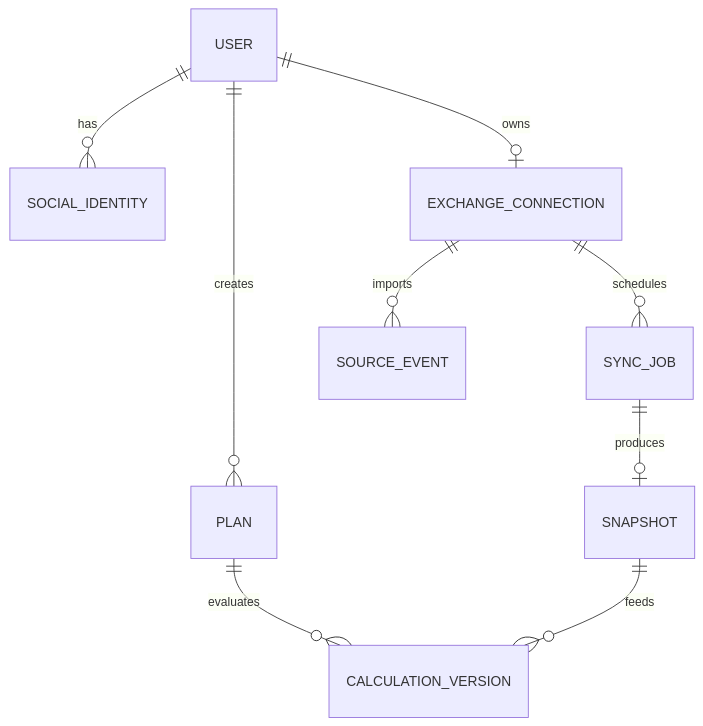
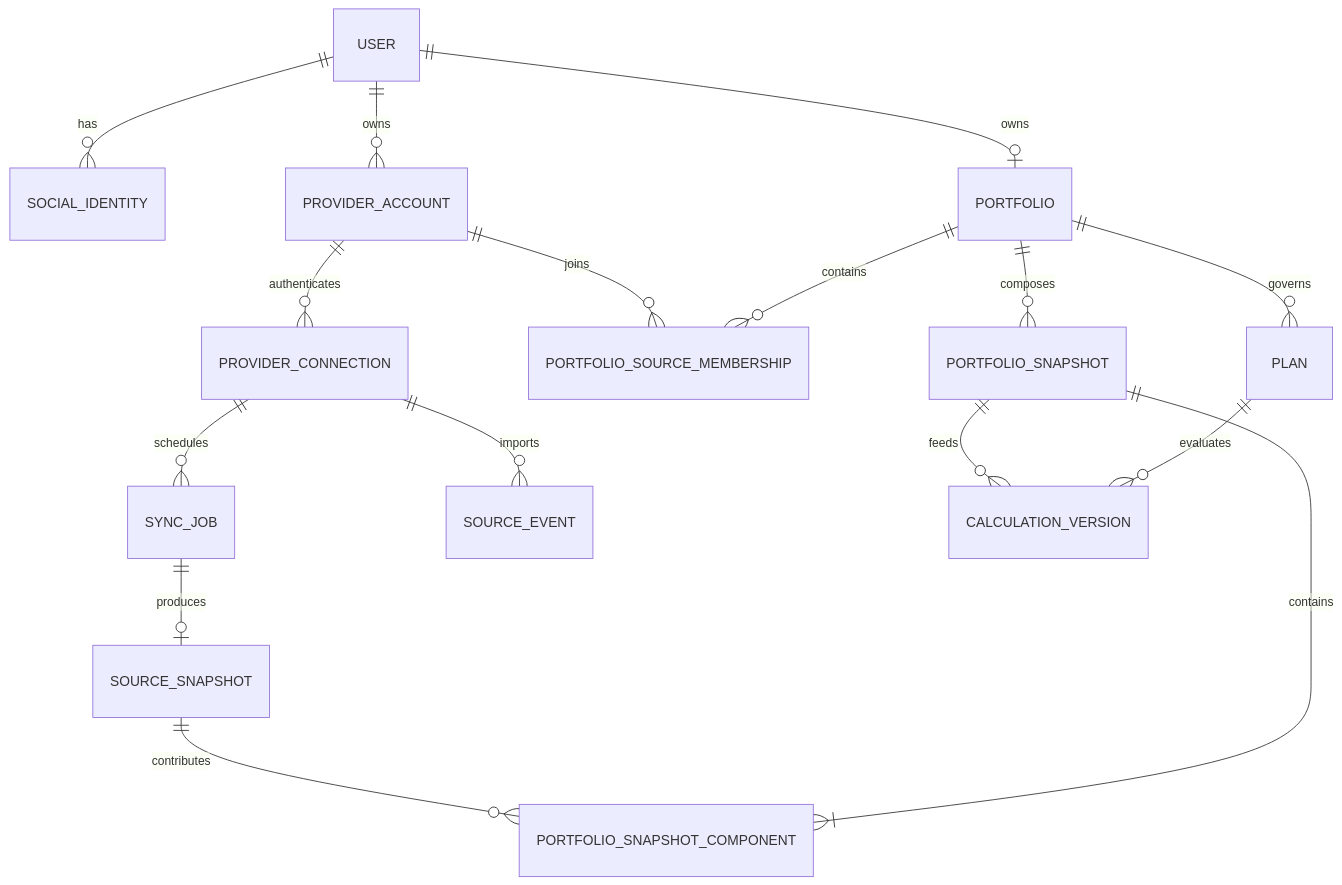
The third of 3 diagrams in _bmad-output/planning-artifacts/architecture/architecture-BokriLog-2026-08-24/PORTFOLIO-SOLUTION-DESIGN.md (sh-9610/BokriLog), drawn with Mermaid before and after one commit. The commit also changed other lines of this file and 9 other files, not shown here.

````diff
--- a/_bmad-output/planning-artifacts/architecture/architecture-BokriLog-2026-08-24/PORTFOLIO-SOLUTION-DESIGN.md
+++ b/_bmad-output/planning-artifacts/architecture/architecture-BokriLog-2026-08-24/PORTFOLIO-SOLUTION-DESIGN.md
@@ -108,11 +109,18 @@
 ```mermaid
 erDiagram
   USER ||--o{ SOCIAL_IDENTITY : has
-  USER ||--o| EXCHANGE_CONNECTION : owns
-  USER ||--o{ PLAN : creates
-  EXCHANGE_CONNECTION ||--o{ SYNC_JOB : schedules
-  EXCHANGE_CONNECTION ||--o{ SOURCE_EVENT : imports
-  SYNC_JOB ||--o| SNAPSHOT : produces
+  USER ||--o| PORTFOLIO : owns
+  USER ||--o{ PROVIDER_ACCOUNT : owns
+  PROVIDER_ACCOUNT ||--o{ PROVIDER_CONNECTION : authenticates
+  PORTFOLIO ||--o{ PORTFOLIO_SOURCE_MEMBERSHIP : contains
+  PROVIDER_ACCOUNT ||--o{ PORTFOLIO_SOURCE_MEMBERSHIP : joins
+  PORTFOLIO ||--o{ PLAN : governs
+  PROVIDER_CONNECTION ||--o{ SYNC_JOB : schedules
+  PROVIDER_CONNECTION ||--o{ SOURCE_EVENT : imports
+  SYNC_JOB ||--o| SOURCE_SNAPSHOT : produces
+  PORTFOLIO ||--o{ PORTFOLIO_SNAPSHOT : composes
+  PORTFOLIO_SNAPSHOT ||--|{ PORTFOLIO_SNAPSHOT_COMPONENT : contains
+  SOURCE_SNAPSHOT ||--o{ PORTFOLIO_SNAPSHOT_COMPONENT : contributes
   PLAN ||--o{ CALCULATION_VERSION : evaluates
-  SNAPSHOT ||--o{ CALCULATION_VERSION : feeds
+  PORTFOLIO_SNAPSHOT ||--o{ CALCULATION_VERSION : feeds
 ```
````
